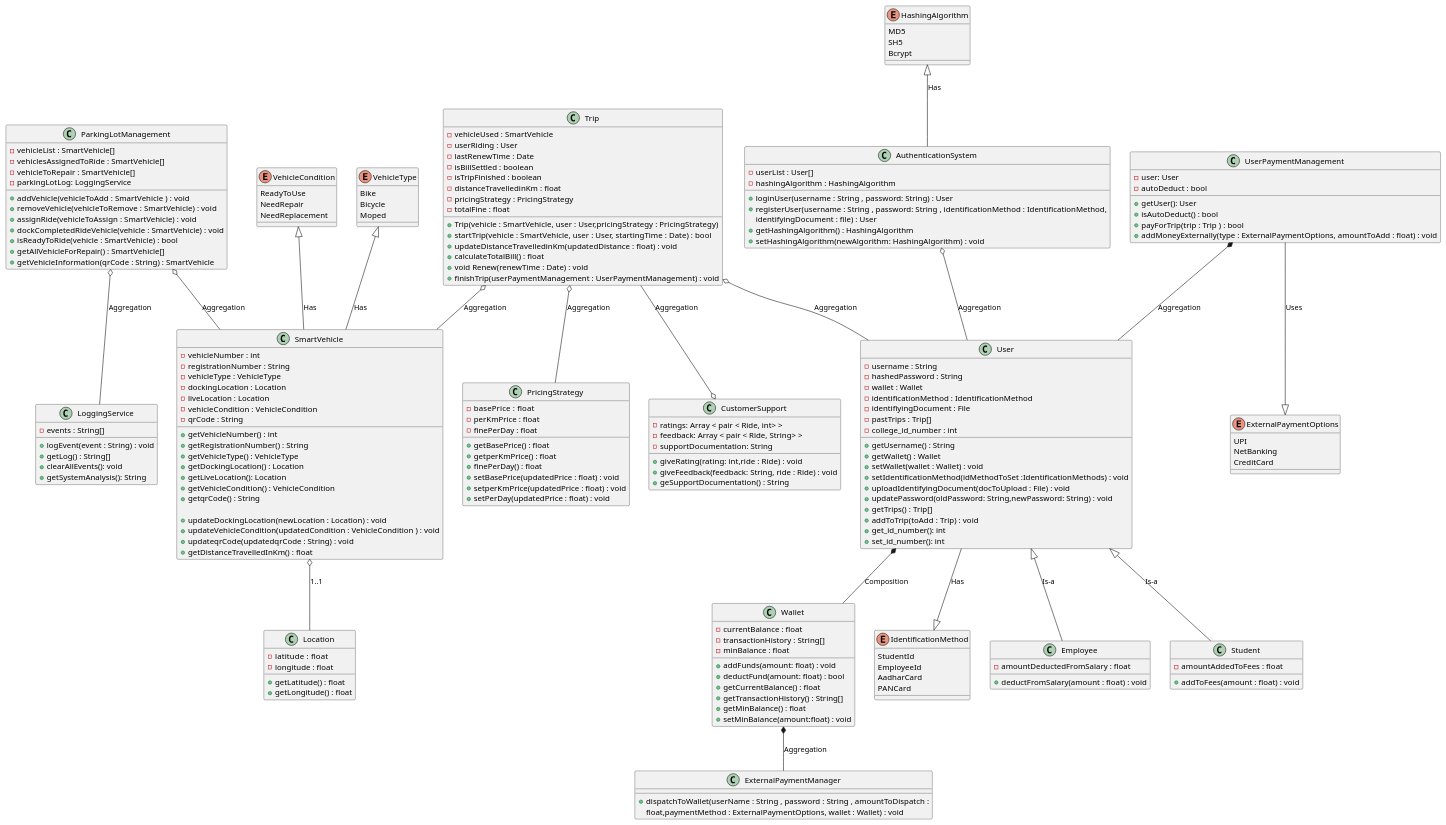
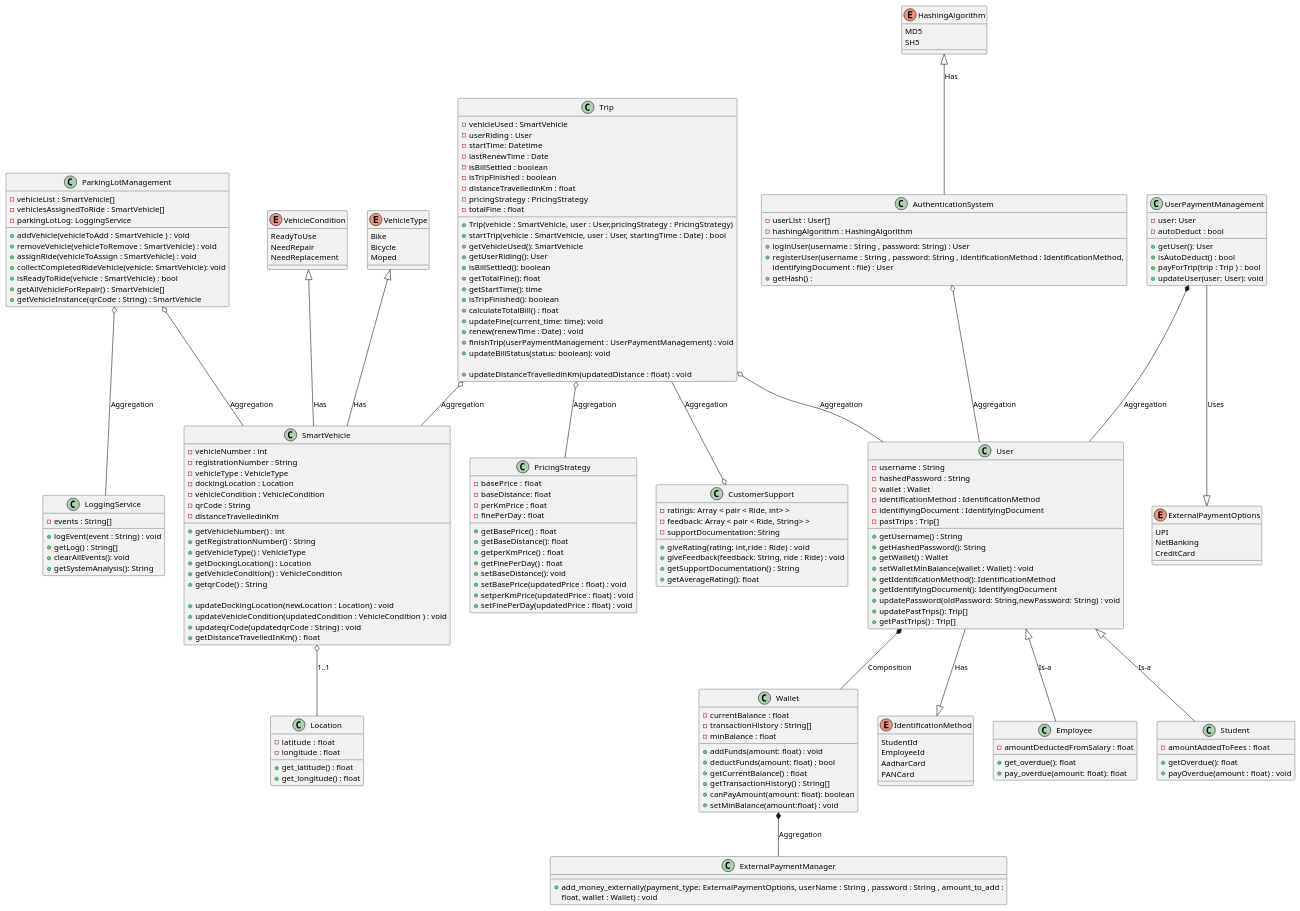
The diagram in class_diagram.puml (zetapii/SoftwareEngineering-Assignment-1), drawn with PlantUML before and after one commit.

Commit message:
updated uml

```diff
--- a/class_diagram.puml
+++ b/class_diagram.puml
@@ -2,252 +2,273 @@
 
 class Location
 {
-	- latitude  : float
-	- longitude : float
-	+ getLatitude() : float
-	+ getLongitude() : float
+   - latitude  : float
+   - longitude : float
+   + get_latitude() : float
+   + get_longitude() : float
 }
 
 
 class SmartVehicle
 {
-	- vehicleNumber : int
-	- registrationNumber : String
-	- vehicleType : VehicleType
-	- dockingLocation : Location
-	- liveLocation : Location
-	- vehicleCondition : VehicleCondition
-	- qrCode : String
+   - vehicleNumber : int
+   - registrationNumber : String
+   - vehicleType : VehicleType
+   - dockingLocation : Location
+   ' - liveLocation : Location
+   - vehicleCondition : VehicleCondition
+   - qrCode : String
+   - distanceTravelledinKm
 
-	+ getVehicleNumber() : int
-	+ getRegistrationNumber() : String
-	+ getVehicleType() : VehicleType
-	+ getDockingLocation() : Location
-	+ getLiveLocation(): Location
-	+ getVehicleCondition() : VehicleCondition
-	+ getqrCode() : String
+   + getVehicleNumber() : int
+   + getRegistrationNumber() : String
+   + getVehicleType() : VehicleType
+   + getDockingLocation() : Location
+   ' + getLiveLocation(): Location
+   + getVehicleCondition() : VehicleCondition
+   + getqrCode() : String
 
-	+ updateDockingLocation(newLocation : Location) : void
-	+ updateVehicleCondition(updatedCondition : VehicleCondition ) : void
-	+ updateqrCode(updatedqrCode : String) : void
-	+ getDistanceTravelledInKm() : float
+   + updateDockingLocation(newLocation : Location) : void
+   + updateVehicleCondition(updatedCondition : VehicleCondition ) : void
+   + updateqrCode(updatedqrCode : String) : void           
+   + getDistanceTravelledInKm() : float
 }
 
 class LoggingService
 {
-	- events : String[]
-	+ logEvent(event : String) : void
-	+ getLog() : String[]
-	+ clearAllEvents(): void
-	+ getSystemAnalysis(): String
+   - events : String[]
+   + logEvent(event : String) : void
+   + getLog() : String[]
+   + clearAllEvents(): void
+   + getSystemAnalysis(): String
 }
 
 class ParkingLotManagement
 {
-	- vehicleList : SmartVehicle[]
-	- vehiclesAssignedToRide : SmartVehicle[]
-	- vehicleToRepair : SmartVehicle[]
-	- parkingLotLog: LoggingService
+   - vehicleList : SmartVehicle[]
+   - vehiclesAssignedToRide : SmartVehicle[]
+   ' - vehicleToRepair : SmartVehicle[]
+   - parkingLotLog: LoggingService              
 
 
-	+ addVehicle(vehicleToAdd : SmartVehicle ) : void
-	+ removeVehicle(vehicleToRemove : SmartVehicle) : void
-	+ assignRide(vehicleToAssign : SmartVehicle) : void
-	+ dockCompletedRideVehicle(vehicle : SmartVehicle) : void
-	+ isReadyToRide(vehicle : SmartVehicle) : bool
-	+ getAllVehicleForRepair() : SmartVehicle[]
-	+ getVehicleInformation(qrCode : String) : SmartVehicle
+   + addVehicle(vehicleToAdd : SmartVehicle ) : void
+   + removeVehicle(vehicleToRemove : SmartVehicle) : void
+   + assignRide(vehicleToAssign : SmartVehicle) : void
+   + collectCompletedRideVehicle(vehicle: SmartVehicle): void
+   ' + dockCompletedRideVehicle(vehicle : SmartVehicle) : void
+   + isReadyToRide(vehicle : SmartVehicle) : bool
+   + getAllVehicleForRepair() : SmartVehicle[]
+   + getVehicleInstance(qrCode : String) : SmartVehicle
 }
 
 class Wallet
 {
-	- currentBalance : float
-	- transactionHistory : String[]
-	- minBalance : float
-	+ addFunds(amount: float) : void
-	+ deductFund(amount: float) : bool
-	+ getCurrentBalance() : float
-	+ getTransactionHistory() : String[]
-	+ getMinBalance() : float
-	+ setMinBalance(amount:float) : void
+   - currentBalance : float
+   - transactionHistory : String[]
+   - minBalance : float
+   + addFunds(amount: float) : void
+   + deductFunds(amount: float) : bool
+   + getCurrentBalance() : float
+   + getTransactionHistory() : String[]
+   + canPayAmount(amount: float): boolean
+   ' + getMinBalance() : float
+   + setMinBalance(amount:float) : void
 }
 
 enum IdentificationMethod
 {
-	StudentId
-	EmployeeId
-	AadharCard
-	PANCard
+    StudentId
+    EmployeeId
+    AadharCard
+    PANCard
 }
 
 enum VehicleCondition
 {
-	ReadyToUse
-	NeedRepair
-	NeedReplacement
+    ReadyToUse 
+    NeedRepair
+    NeedReplacement
 }
 
 enum VehicleType
 {
-	Bike
-	Bicycle
-	Moped
+    Bike
+    Bicycle
+    Moped
 }
 
 
 enum ExternalPaymentOptions
 {
-	UPI
-	NetBanking
-	CreditCard
+    UPI
+    NetBanking
+    CreditCard
 }
 
 enum HashingAlgorithm
 {
-	MD5
-	SH5
-	Bcrypt
+    MD5
+    SH5
 }
 class AuthenticationSystem
-{
-
-	- userList : User[]
-	- hashingAlgorithm : HashingAlgorithm
-
-	+ loginUser(username : String , password: String) : User
-	+ registerUser(username : String , password: String , identificationMethod : IdentificationMethod,
-	identifyingDocument : file) : User
-	+ getHashingAlgorithm() : HashingAlgorithm
-	+ setHashingAlgorithm(newAlgorithm: HashingAlgorithm) : void
+{ 
+    - userList : User[]
+    - hashingAlgorithm : HashingAlgorithm
+    
+    + loginUser(username : String , password: String) : User
+    + registerUser(username : String , password: String , identificationMethod : IdentificationMethod,
+      identifyingDocument : file) : User
+    + getHash() : 
+   '  + getHashingAlgorithm() : HashingAlgorithm
+   '  + setHashingAlgorithm(newAlgorithm: HashingAlgorithm) : void
 }
 
 class User
 {
-	- username : String
-	- hashedPassword : String
-	- wallet : Wallet
-	- identificationMethod : IdentificationMethod
-	- identifiyingDocument : File
-	- pastTrips : Trip[]
-	- college_id_number : int
+   - username : String
+   - hashedPassword : String
+   - wallet : Wallet
+   - identificationMethod : IdentificationMethod
+   - identifiyingDocument : IdentifyingDocument
+   - pastTrips : Trip[]
+   ' - college_id_number : int
 
-	+ getUsername() : String
-	+ getWallet() : Wallet
-	+ setWallet(wallet : Wallet) : void
-	+ setIdentificationMethod(idMethodToSet :IdentificationMethods) : void
-	+ uploadIdentifyingDocument(docToUpload : File) : void
-	+ updatePassword(oldPassword: String,newPassword: String) : void
-	+ getTrips() : Trip[]
-	+ addToTrip(toAdd : Trip) : void
-	+ get_id_number(): int
-	+ set_id_number(): int
+   + getUsername() : String 
+   + getHashedPassword(): String
+   + getWallet() : Wallet
+   + setWalletMinBalance(wallet : Wallet) : void
+   + getIdentificationMethod(): IdentificationMethod
+   + getIdentifyingDocument(): IdentifyingDocument
+   ' + setIdentificationMethod(idMethodToSet :IdentificationMethods) : void
+   ' + uploadIdentifyingDocument(docToUpload : File) : void
+   + updatePassword(oldPassword: String,newPassword: String) : void
+   + updatePastTrips(): Trip[]
+   + getPastTrips() : Trip[]
+   ' + get_id_number(): int
+   ' + set_id_number(): int
 }
 
 class Employee
 {
-	- amountDeductedFromSalary : float
-	+ deductFromSalary(amount : float) : void
+   - amountDeductedFromSalary : float
+   ' + deductFromSalary(amount : float) : void
+   + get_overdue(): float
+   + pay_overdue(amount: float): float
 }
 
 class Student
 {
-	- amountAddedToFees : float
-	+ addToFees(amount : float) : void
+   - amountAddedToFees : float
+   + getOverdue(): float
+   + payOverdue(amount : float) : void
 }
 
 class UserPaymentManagement
 {
-	- user: User
-	- autoDeduct : bool
-	+ getUser(): User
-	+ isAutoDeduct() : bool
-	+ payForTrip(trip : Trip ) : bool
-	+ addMoneyExternally(type : ExternalPaymentOptions, amountToAdd : float) : void
+   - user: User
+   - autoDeduct : bool
+   + getUser(): User
+   + isAutoDeduct() : bool
+   + payForTrip(trip : Trip ) : bool
+   + updateUser(user: User): void
+   ' + addMoneyExternally(type : ExternalPaymentOptions, amountToAdd : float) : void
 }
 
 ' class StudentPaymentManagement
 ' {
-	'    - student : Student
-	'    - autoDeduct : bool
-	'    - amountAddedToFees : float
-	'    + getStudent() : Student
-	'    + addToFees(amount : float) : void
-	'
+'    - student : Student
+'    - autoDeduct : bool
+'    - amountAddedToFees : float
+'    + getStudent() : Student
+'    + addToFees(amount : float) : void
 ' }
 
 ' class EmployeePaymentManagement
 ' {
-	'    - employee : Employee
-	'    - autoDeduct : bool
-	'    - amountDeductedFromSalary : float
-	'    + getEmployee() : Employee
-	'    + deductFromSalary(amount : float) : void
-	'
+'    - employee : Employee
+'    - autoDeduct : bool
+'    - amountDeductedFromSalary : float
+'    + getEmployee() : Employee
+'    + deductFromSalary(amount : float) : void
 ' }
 
 class Trip
 {
-	- vehicleUsed : SmartVehicle
-	- userRiding : User
-	- lastRenewTime : Date
-	- isBillSettled : boolean
-	- isTripFinished : boolean
-	- distanceTravelledinKm : float
-	- pricingStrategy : PricingStrategy
-	- totalFine : float
+   - vehicleUsed : SmartVehicle
+   - userRiding : User
+   - startTime: Datetime
+   - lastRenewTime : Date
+   - isBillSettled : boolean
+   - isTripFinished : boolean
+   - distanceTravelledinKm : float
+   - pricingStrategy : PricingStrategy 
+   - totalFine : float
+    
+   + Trip(vehicle : SmartVehicle, user : User,pricingStrategy : PricingStrategy)
+   + startTrip(vehicle : SmartVehicle, user : User, startingTime : Date) : bool 
+   + getVehicleUsed(): SmartVehicle
+   + getUserRiding(): User
+   + isBillSettled(): boolean
+   + getTotalFine(): float
+   + getStartTime(): time
+   + isTripFinished(): boolean
+   + calculateTotalBill() : float
+   + updateFine(current_time: time): void
+   + renew(renewTime : Date) : void
+   + finishTrip(userPaymentManagement : UserPaymentManagement) : void
+   + updateBillStatus(status: boolean): void
 
-	+ Trip(vehicle : SmartVehicle, user : User,pricingStrategy : PricingStrategy)
-	+ startTrip(vehicle : SmartVehicle, user : User, startingTime : Date) : bool
-	+ updateDistanceTravelledinKm(updatedDistance : float) : void
-	+ calculateTotalBill() : float
-	+ void Renew(renewTime : Date) : void
-	+ finishTrip(userPaymentManagement : UserPaymentManagement) : void
+   + updateDistanceTravelledinKm(updatedDistance : float) : void
 }
 
 class PricingStrategy
 {
-	- basePrice  : float
-	- perKmPrice : float
-	- finePerDay : float
-
-	+ getBasePrice() : float
-	+ getperKmPrice() : float
-	+ finePerDay() : float
-	+ setBasePrice(updatedPrice : float) : void
-	+ setperKmPrice(updatedPrice : float) : void
-	+ setPerDay(updatedPrice : float) : void
+   - basePrice  : float
+   - baseDistance: float
+   - perKmPrice : float
+   - finePerDay : float
+   
+   + getBasePrice() : float
+   + getBaseDistance(): float
+   + getperKmPrice() : float
+   + getFinePerDay() : float
+   + setBaseDistance(): void
+   + setBasePrice(updatedPrice : float) : void
+   + setperKmPrice(updatedPrice : float) : void
+   + setFinePerDay(updatedPrice : float) : void
 }
 
 class CustomerSupport
 {
-	- ratings: Array < pair < Ride, int> >
-	- feedback: Array < pair < Ride, String> >
-	- supportDocumentation: String
-	+ giveRating(rating: int,ride : Ride)  : void
-	+ giveFeedback(feedback: String, ride : Ride) : void
-	+ geSupportDocumentation() : String
+  - ratings: Array < pair < Ride, int> >              
+  - feedback: Array < pair < Ride, String> >
+  - supportDocumentation: String  
+  + giveRating(rating: int,ride : Ride)  : void 
+  + giveFeedback(feedback: String, ride : Ride) : void
+  + getSupportDocumentation() : String
+  + getAverageRating(): float
 }
 
 class ExternalPaymentManager
 {
-	' - username : String
-	' - password : String
-	' - mobileNumber : int
-	+ dispatchToWallet(userName : String , password : String , amountToDispatch :
-	float,paymentMethod : ExternalPaymentOptions, wallet : Wallet) : void
+   ' - username : String
+   ' - password : String
+   ' - mobileNumber : int
+   + add_money_externally(payment_type: ExternalPaymentOptions, userName : String , password : String , amount_to_add : 
+             float, wallet : Wallet) : void 
 
 }
 
 
-
+ 
 SmartVehicle o-- Location : 1..1
 User <|-- Employee : Is-a
 User <|-- Student : Is-a
 ' UserPaymentManagement <|.. EmployeePaymentManagement : Implements
 ' UserPaymentManagement <|.. StudentPaymentManagement : Implements
-ParkingLotManagement o--  SmartVehicle : Aggregation
+ParkingLotManagement o--  SmartVehicle : Aggregation 
 ParkingLotManagement o--  LoggingService : Aggregation
-
+ 
 User *-- Wallet : Composition
 Trip o-- PricingStrategy : Aggregation
 UserPaymentManagement *-- User :  Aggregation
```
